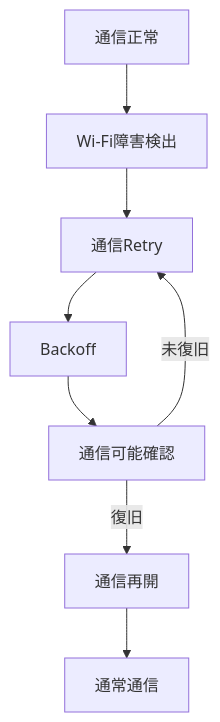
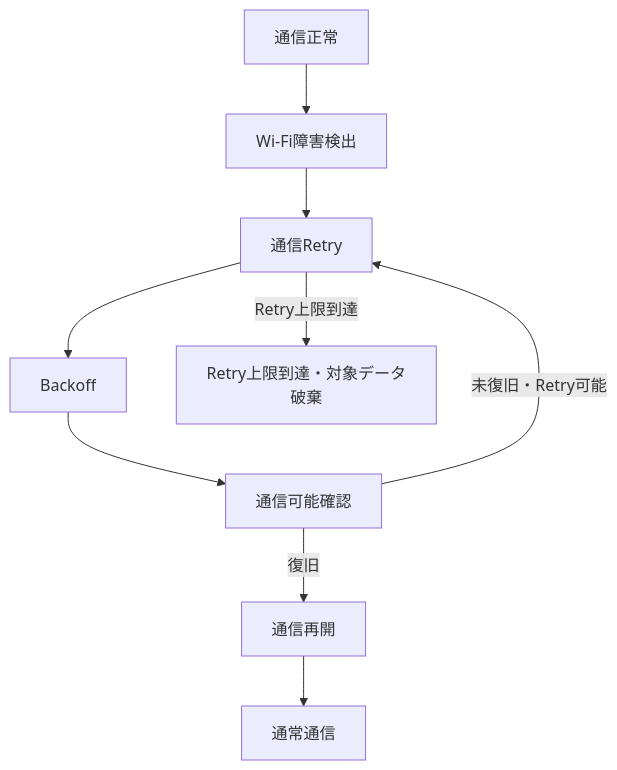
Diagram 21 of 46 in docs/05_operation_recovery.md (yujimasuda77777/Raspberry_Pi_4B_Edge_IoT_System), drawn with Mermaid before and after one commit. The commit also changed other lines of this file and 1 other file, not shown here.

````diff
--- a/docs/05_operation_recovery.md
+++ b/docs/05_operation_recovery.md
@@ -1101,20 +1047,22 @@
 ```mermaid
 flowchart TD
     Normal["通信正常"]
     Detect["Wi-Fi障害検出"]
     Retry["通信Retry"]
     Backoff["Backoff"]
     Check["通信可能確認"]
     Resume["通信再開"]
     Continue["通常通信"]
+    Discard["Retry上限到達・対象データ破棄"]
 
     Normal --> Detect
     Detect --> Retry
     Retry --> Backoff
     Backoff --> Check
 
     Check -->|復旧| Resume
     Resume --> Continue
 
-    Check -->|未復旧| Retry
+    Check -->|未復旧・Retry可能| Retry
+    Retry -->|Retry上限到達| Discard
 ```
````
